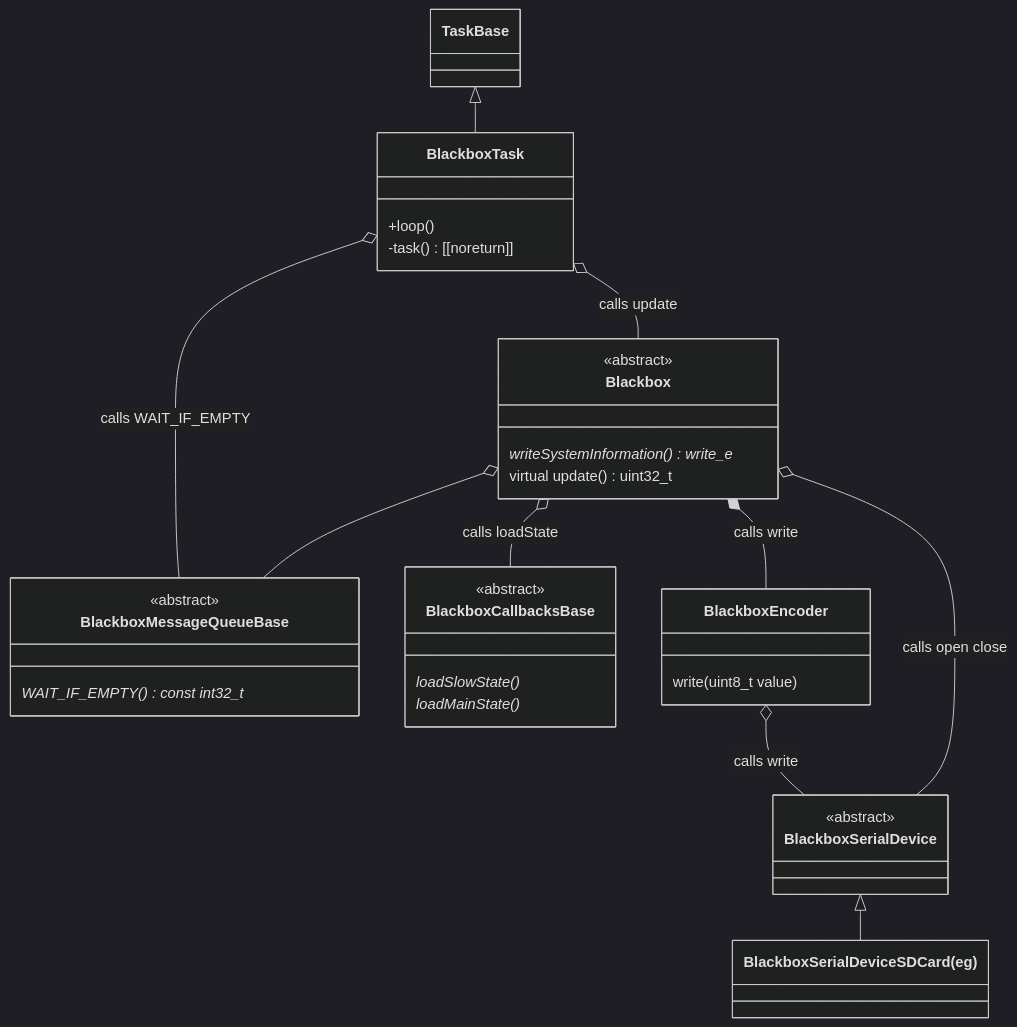
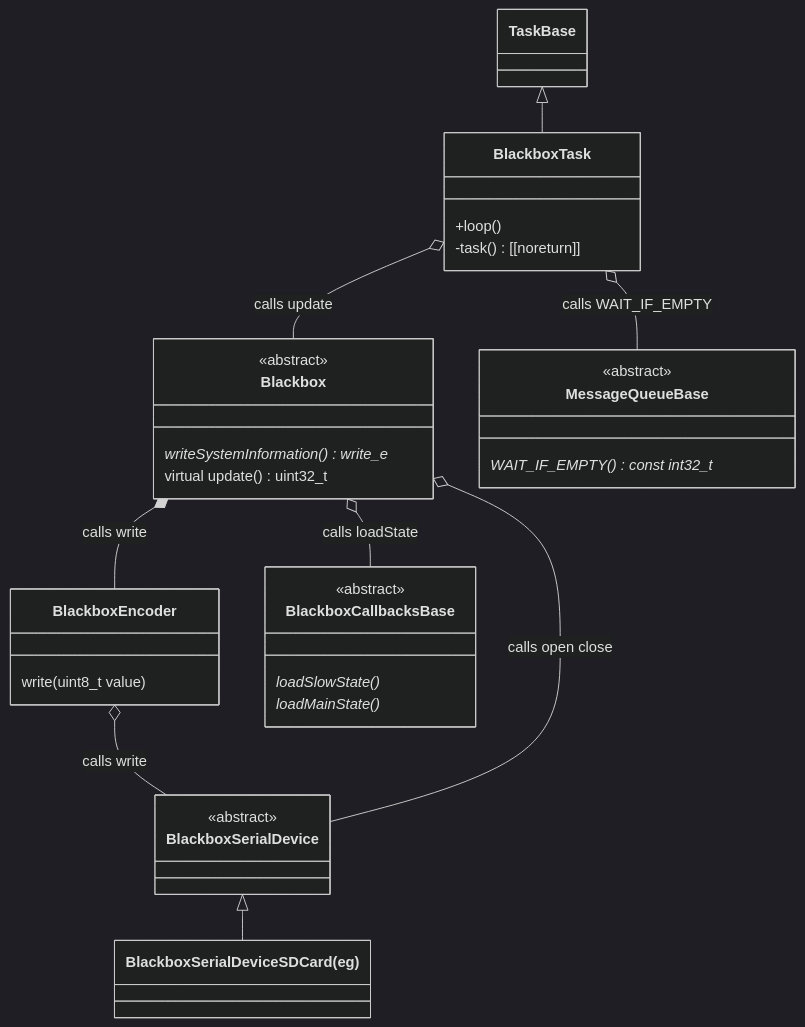
The diagram in README.md (martinbudden/Library-Blackbox), drawn with Mermaid (dark theme) before and after one commit. The commit also changed 8 other files, not shown here.

Commit message:
Changed to use MessageQueueBase from TaskBase library. Removed messageQueue reference from Blackbox class.

````diff
--- a/README.md
+++ b/README.md
@@ -47,40 +47,39 @@
 ```mermaid
 classDiagram
     class BlackboxEncoder {
         write(uint8_t value)
     }
     class Blackbox {
         <<abstract>>
         writeSystemInformation() write_e *
         virtual update() uint32_t
     }
     class BlackboxCallbacksBase {
         <<abstract>>
         loadSlowState() *
         loadMainState() *
     }
-    class BlackboxMessageQueueBase {
+    class MessageQueueBase {
         <<abstract>>
         WAIT_IF_EMPTY() const int32_t *
     }
     class BlackboxSerialDevice {
         <<abstract>>
     }
     class BlackboxSerialDeviceSDCard["BlackboxSerialDeviceSDCard(eg)"]
 
-    Blackbox o-- BlackboxMessageQueueBase
     Blackbox o-- BlackboxCallbacksBase : calls loadState
     Blackbox *-- BlackboxEncoder : calls write
     BlackboxEncoder o-- BlackboxSerialDevice : calls write
     Blackbox o-- BlackboxSerialDevice : calls open close
     %%BlackboxSerialDevice --o BlackboxEncoder : calls write
     BlackboxSerialDevice <|-- BlackboxSerialDeviceSDCard
 
     TaskBase <|-- BlackboxTask
     class BlackboxTask {
         +loop()
         -task() [[noreturn]]
     }
-    BlackboxTask o-- BlackboxMessageQueueBase : calls WAIT_IF_EMPTY
+    BlackboxTask o-- MessageQueueBase : calls WAIT_IF_EMPTY
     BlackboxTask o-- Blackbox : calls update
 ```
````
